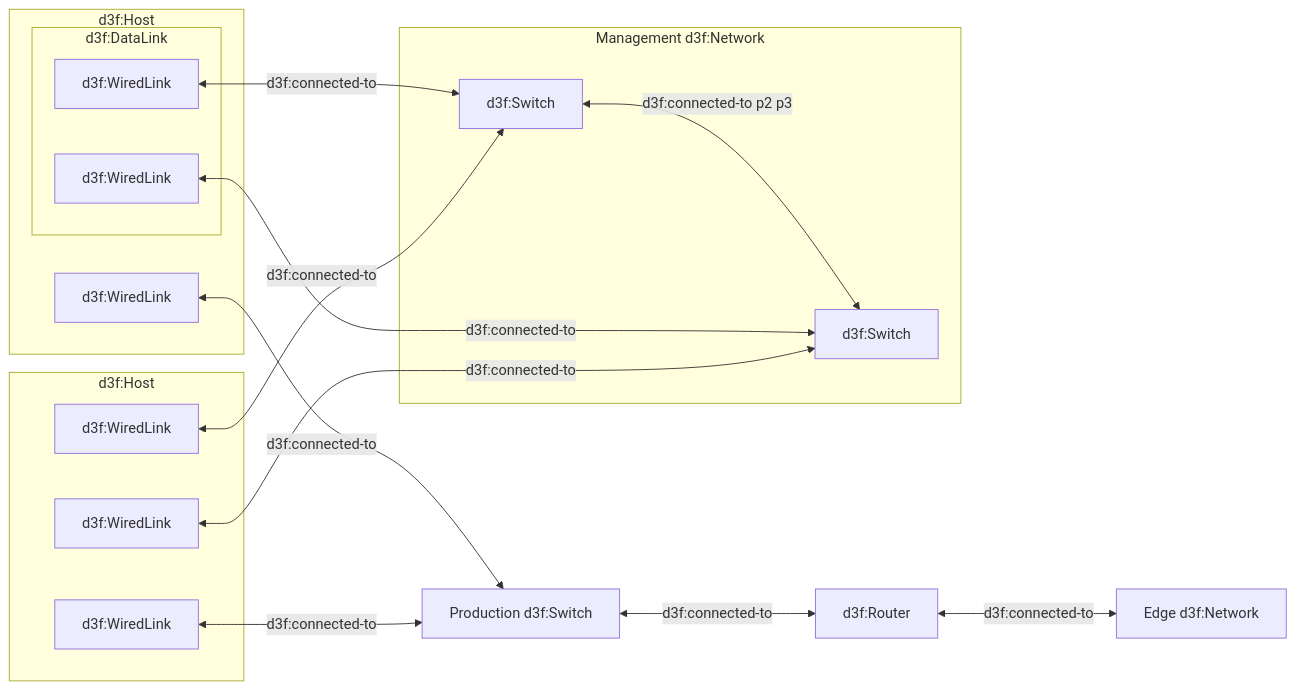
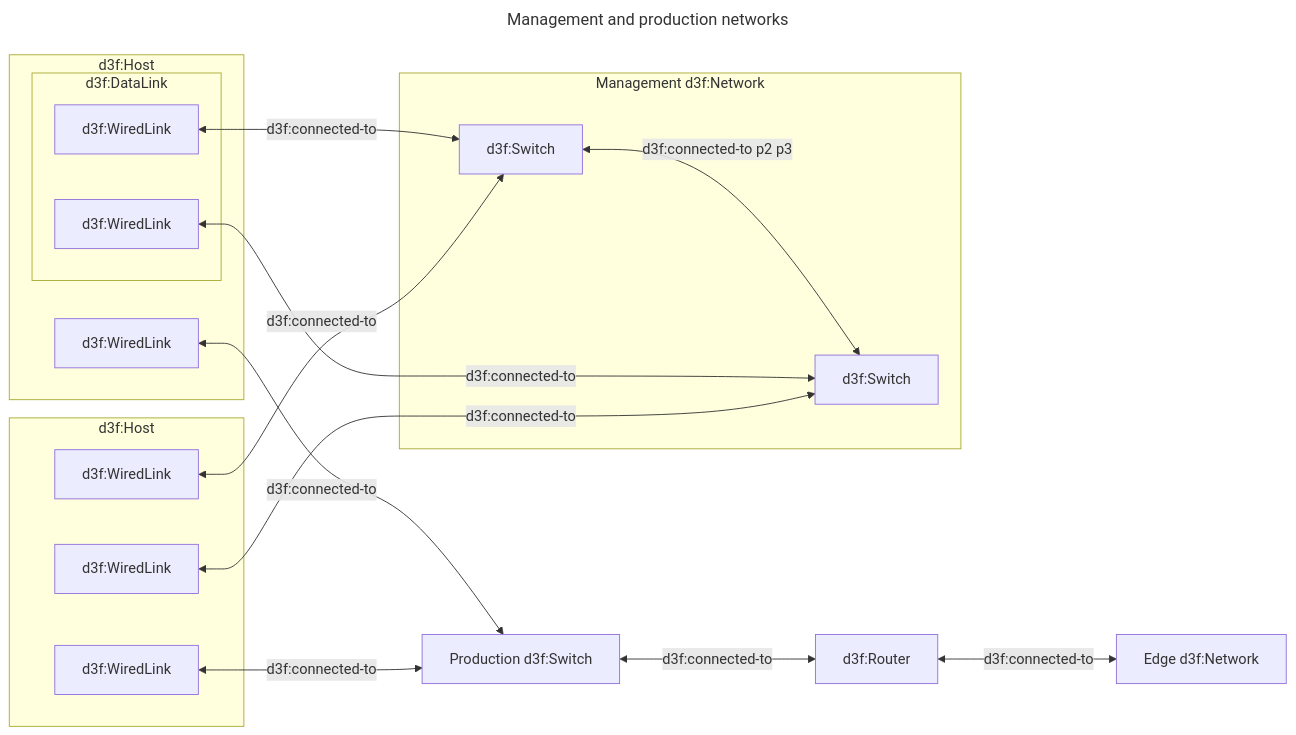
Before and after one commit to ioggstream/d3sign: the diagram in app/src/data/examples/002-network.md, drawn with Mermaid. The commit also changed 8 other files, not shown here.

Commit message:
Fix: #6. Diagram titles.

````diff
--- a/app/src/data/examples/002-network.md
+++ b/app/src/data/examples/002-network.md
@@ -7,47 +7,48 @@
 ```mermaid
 ---
 id: net
+title: Management and production networks
 ---
 graph LR
 
 subgraph mgmt[Management d3f:Network]
     mgmt-s0[d3f:Switch]
     mgmt-s1[d3f:Switch]
     mgmt-s0 <-->|d3f:connected-to p2 p3| mgmt-s1
 end
 
 
 prod[Production d3f:Switch]
 edge-net[Edge d3f:Network]
 
 
 subgraph h1[d3f:Host]
   subgraph h1_veth[d3f:DataLink]
     h1_eth0[d3f:WiredLink]
     h1_eth2[d3f:WiredLink]
   end
 
   h1_eth1[d3f:WiredLink]
 end
 
 subgraph h2[d3f:Host]
   h2_eth0[d3f:WiredLink]
   h2_eth2[d3f:WiredLink]
   h2_eth1[d3f:WiredLink]
 end
 
 router[d3f:Router]
 
 h1_eth0 <-->|d3f:connected-to| mgmt-s0
 h1_eth2 <-->|d3f:connected-to| mgmt-s1
 h2_eth0 <-->|d3f:connected-to| mgmt-s0
 h2_eth2 <-->|d3f:connected-to| mgmt-s1
 
 h1_eth1 <-->|d3f:connected-to| prod
 h2_eth1 <-->|d3f:connected-to| prod
 
 
 
 prod <-->|d3f:connected-to| router <-->|d3f:connected-to| edge-net
 
 ```
````
